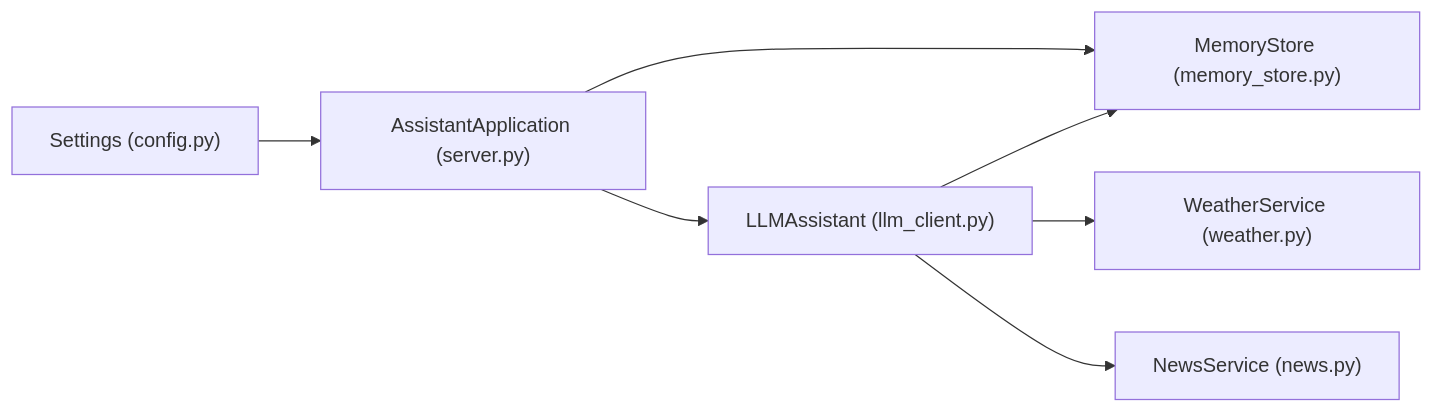
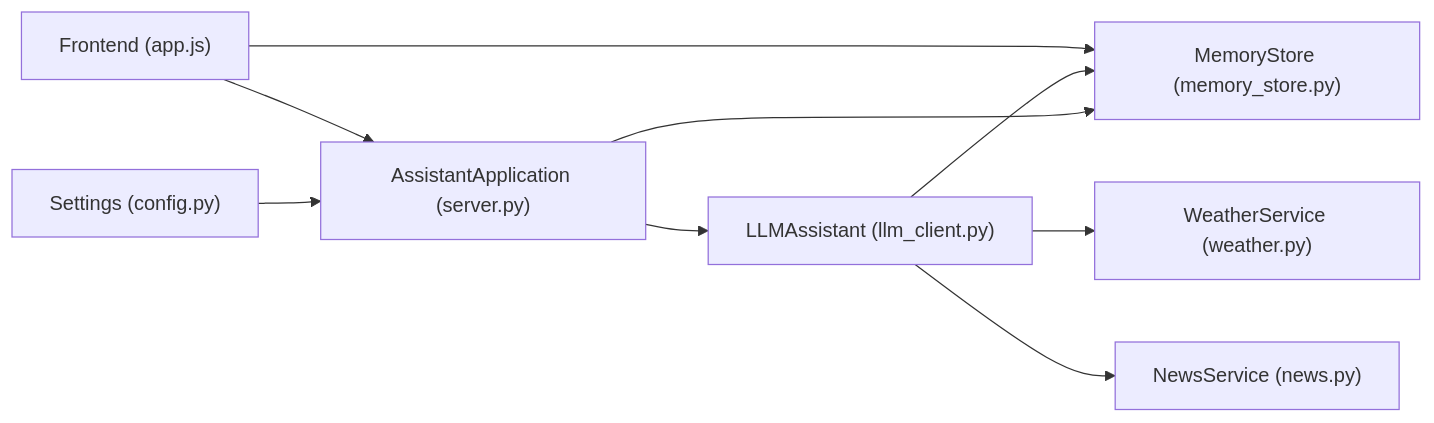
The ninth of 9 diagrams in .qoder/repowiki/en/content/Backend Components/AI Assistant Engine/Memory Integration and Data Persistence.md (Sovetsky-Soyuz/AI-Assistant), drawn with Mermaid before and after one commit. The commit also changed other lines of this file and 15 other files, not shown here.

````diff
--- a/.qoder/repowiki/en/content/Backend Components/AI Assistant Engine/Memory Integration and Data Persistence.md
+++ b/.qoder/repowiki/en/content/Backend Components/AI Assistant Engine/Memory Integration and Data Persistence.md
@@ -368,9 +486,11 @@
 ```mermaid
 graph LR
 CFG["Settings (config.py)"] --> SRV["AssistantApplication (server.py)"]
 SRV --> MS["MemoryStore (memory_store.py)"]
 SRV --> LLM["LLMAssistant (llm_client.py)"]
 LLM --> MS
 LLM --> W["WeatherService (weather.py)"]
 LLM --> N["NewsService (news.py)"]
+FRONT["Frontend (app.js)"] --> SRV
+FRONT --> MS
 ```
````
